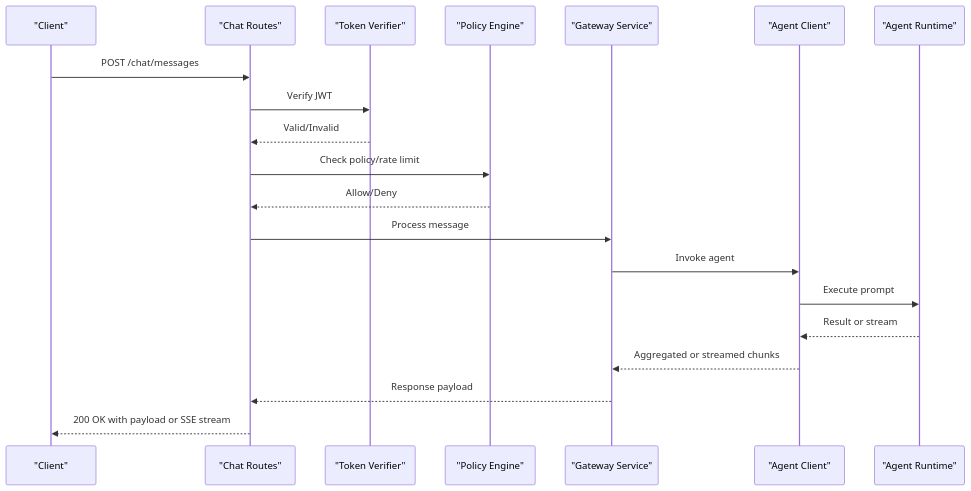
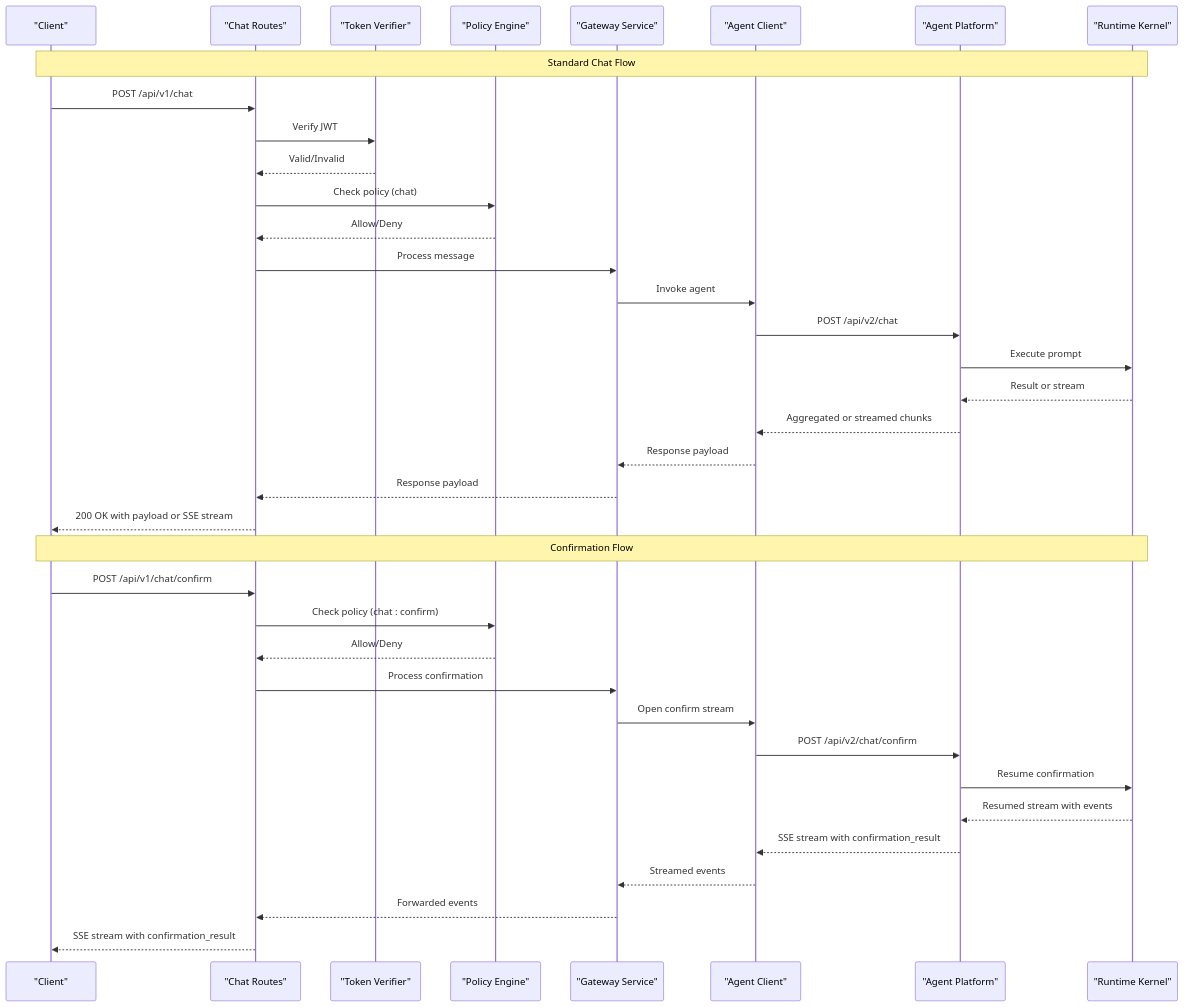
The second of 4 diagrams in .qoder/repowiki/en/content/API Reference/Agent Platform API/Chat Endpoints.md (metasync/luban-aiops), drawn with Mermaid before and after one commit. The commit also changed other lines of this file and 24 other files, not shown here.

````diff
--- a/.qoder/repowiki/en/content/API Reference/Agent Platform API/Chat Endpoints.md
+++ b/.qoder/repowiki/en/content/API Reference/Agent Platform API/Chat Endpoints.md
@@ -91,22 +92,39 @@
 ```mermaid
 sequenceDiagram
 participant C as "Client"
 participant R as "Chat Routes"
 participant TV as "Token Verifier"
 participant PE as "Policy Engine"
 participant GS as "Gateway Service"
 participant AC as "Agent Client"
-participant AR as "Agent Runtime"
-C->>R : POST /chat/messages
+participant AP as "Agent Platform"
+participant K as "Runtime Kernel"
+Note over C,K : Standard Chat Flow
+C->>R : POST /api/v1/chat
 R->>TV : Verify JWT
 TV-->>R : Valid/Invalid
-R->>PE : Check policy/rate limit
+R->>PE : Check policy (chat)
 PE-->>R : Allow/Deny
 R->>GS : Process message
 GS->>AC : Invoke agent
-AC->>AR : Execute prompt
-AR-->>AC : Result or stream
-AC-->>GS : Aggregated or streamed chunks
+AC->>AP : POST /api/v2/chat
+AP->>K : Execute prompt
+K-->>AP : Result or stream
+AP-->>AC : Aggregated or streamed chunks
+AC-->>GS : Response payload
 GS-->>R : Response payload
 R-->>C : 200 OK with payload or SSE stream
+Note over C,K : Confirmation Flow
+C->>R : POST /api/v1/chat/confirm
+R->>PE : Check policy (chat : confirm)
+PE-->>R : Allow/Deny
+R->>GS : Process confirmation
+GS->>AC : Open confirm stream
+AC->>AP : POST /api/v2/chat/confirm
+AP->>K : Resume confirmation
+K-->>AP : Resumed stream with events
+AP-->>AC : SSE stream with confirmation_result
+AC-->>GS : Streamed events
+GS-->>R : Forwarded events
+R-->>C : SSE stream with confirmation_result
 ```
````
